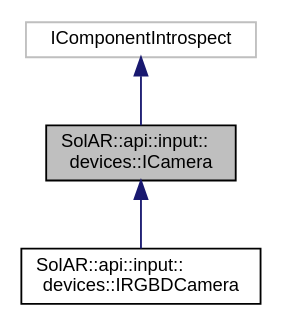
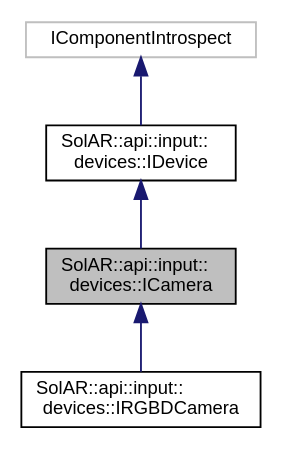
The diagram in api_documentation/class_sol_a_r_1_1api_1_1input_1_1devices_1_1_i_camera__inherit__graph.dot (SolarFramework/solarframework.github.io), drawn with Graphviz before and after one commit. The commit also changed 544 other files, not shown here.

```diff
--- a/api_documentation/class_sol_a_r_1_1api_1_1input_1_1devices_1_1_i_camera__inherit__graph.dot
+++ b/api_documentation/class_sol_a_r_1_1api_1_1input_1_1devices_1_1_i_camera__inherit__graph.dot
@@ -1,10 +1,12 @@
 digraph "SolAR::api::input::devices::ICamera"
 {
   edge [fontname="Helvetica",fontsize="10",labelfontname="Helvetica",labelfontsize="10"];
   node [fontname="Helvetica",fontsize="10",shape=record];
   Node0 [label="SolAR::api::input::\ldevices::ICamera",height=0.2,width=0.4,color="black", fillcolor="grey75", style="filled", fontcolor="black"];
   Node1 -> Node0 [dir="back",color="midnightblue",fontsize="10",style="solid",fontname="Helvetica"];
-  Node1 [label="IComponentIntrospect",height=0.2,width=0.4,color="grey75", fillcolor="white", style="filled"];
-  Node0 -> Node2 [dir="back",color="midnightblue",fontsize="10",style="solid",fontname="Helvetica"];
-  Node2 [label="SolAR::api::input::\ldevices::IRGBDCamera",height=0.2,width=0.4,color="black", fillcolor="white", style="filled",URL="$class_sol_a_r_1_1api_1_1input_1_1devices_1_1_i_r_g_b_d_camera.html",tooltip="Specify the IRGBDCamera interface class. "];
+  Node1 [label="SolAR::api::input::\ldevices::IDevice",height=0.2,width=0.4,color="black", fillcolor="white", style="filled",URL="$class_sol_a_r_1_1api_1_1input_1_1devices_1_1_i_device.html",tooltip="Manage any kind of device. UUID: d73c7b34-f6af-48f3-b65d-37a047929f4b "];
+  Node2 -> Node1 [dir="back",color="midnightblue",fontsize="10",style="solid",fontname="Helvetica"];
+  Node2 [label="IComponentIntrospect",height=0.2,width=0.4,color="grey75", fillcolor="white", style="filled"];
+  Node0 -> Node3 [dir="back",color="midnightblue",fontsize="10",style="solid",fontname="Helvetica"];
+  Node3 [label="SolAR::api::input::\ldevices::IRGBDCamera",height=0.2,width=0.4,color="black", fillcolor="white", style="filled",URL="$class_sol_a_r_1_1api_1_1input_1_1devices_1_1_i_r_g_b_d_camera.html",tooltip="Specify the IRGBDCamera interface class. "];
 }
```
